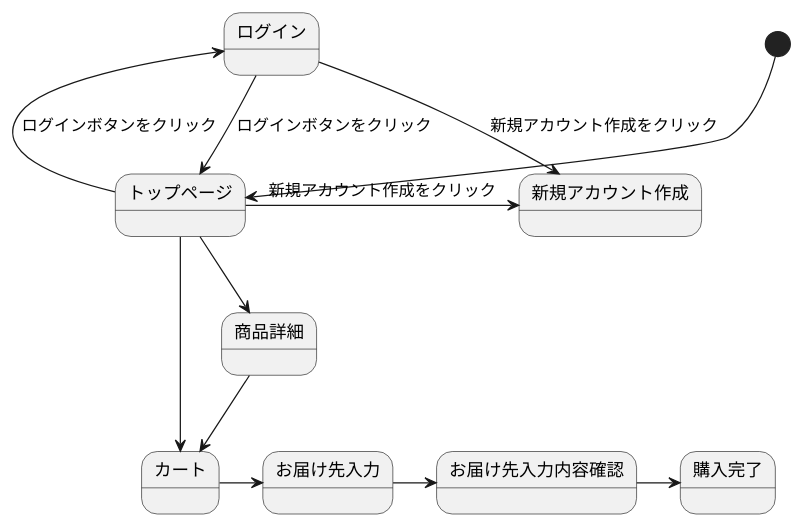
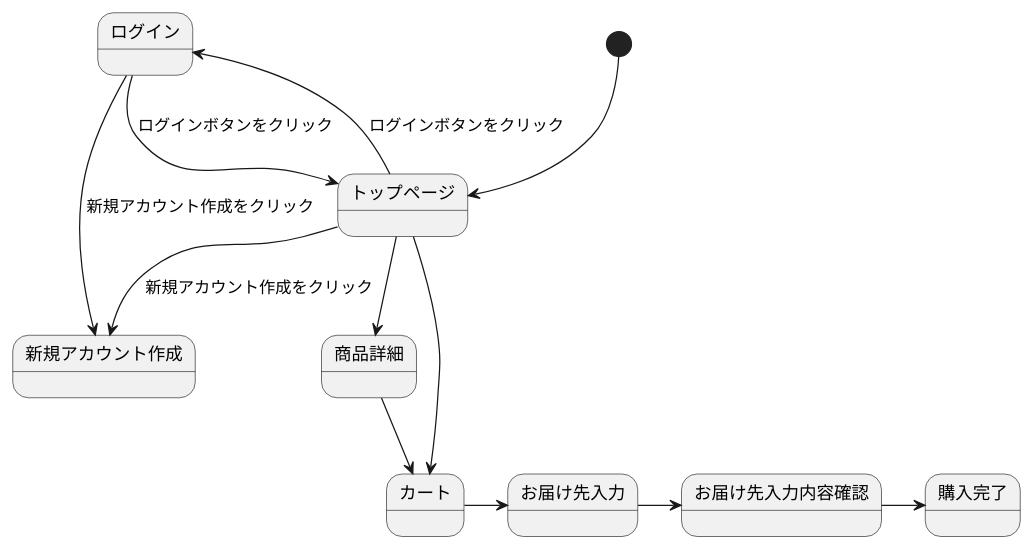
Before and after one commit to Aso2001133/2021sys-design: the diagram in sumple_01.md, drawn with PlantUML.

````diff
--- a/sumple_01.md
+++ b/sumple_01.md
@@ -1,15 +1,15 @@
 ```uml
 @startuml
 [*] --> トップページ
 トップページ -left-> ログイン : ログインボタンをクリック
-トップページ -right-> 新規アカウント作成 :新規アカウント作成をクリック
+トップページ --> 新規アカウント作成 :新規アカウント作成をクリック
 トップページ --> カート
 トップページ --> 商品詳細
 ログイン --> トップページ : ログインボタンをクリック
 ログイン --> 新規アカウント作成 :新規アカウント作成をクリック
 商品詳細 --> カート
 カート -> お届け先入力
 お届け先入力 -> お届け先入力内容確認
 お届け先入力内容確認 -> 購入完了
 @enduml
 ```
````
